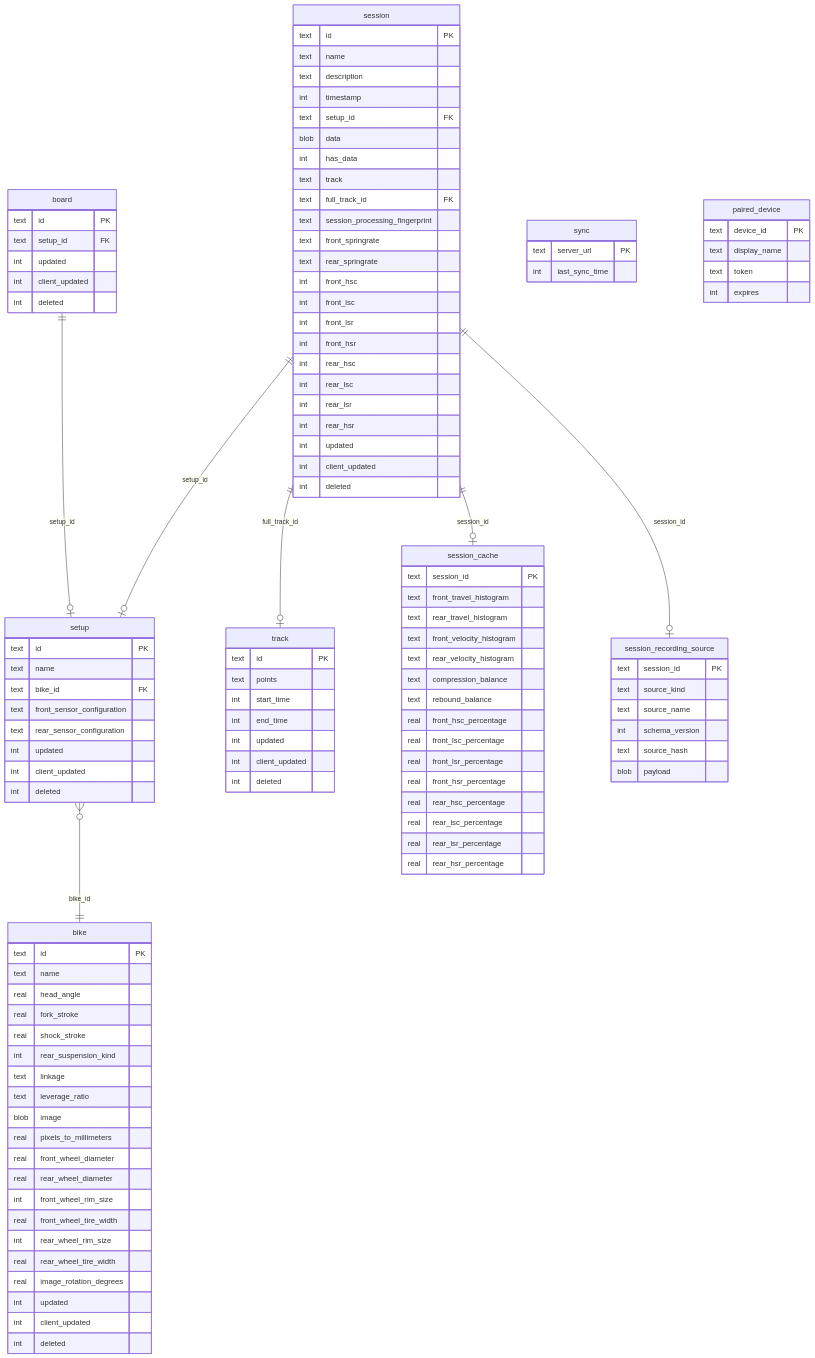
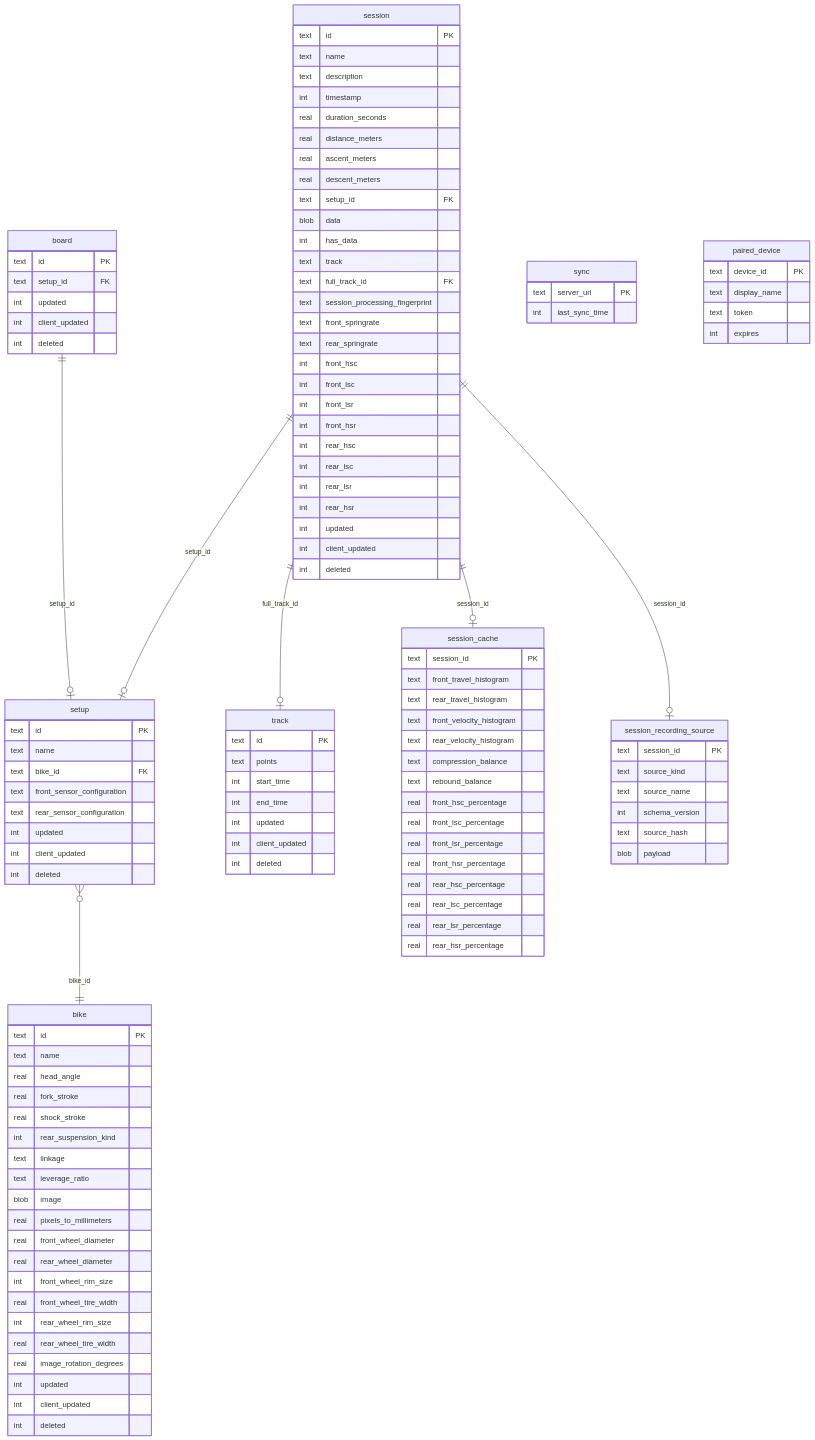
The diagram in docs/architecture/persistence.md (MoridinBG/Sufni.app), drawn with Mermaid before and after one commit. The commit also changed other lines of this file and 3 other files, not shown here.

```diff
--- a/docs/architecture/persistence.md
+++ b/docs/architecture/persistence.md
@@ -18,6 +18,10 @@
         text name
         text description
         int timestamp
+        real duration_seconds
+        real distance_meters
+        real ascent_meters
+        real descent_meters
         text setup_id FK
         blob data
         int has_data
```
